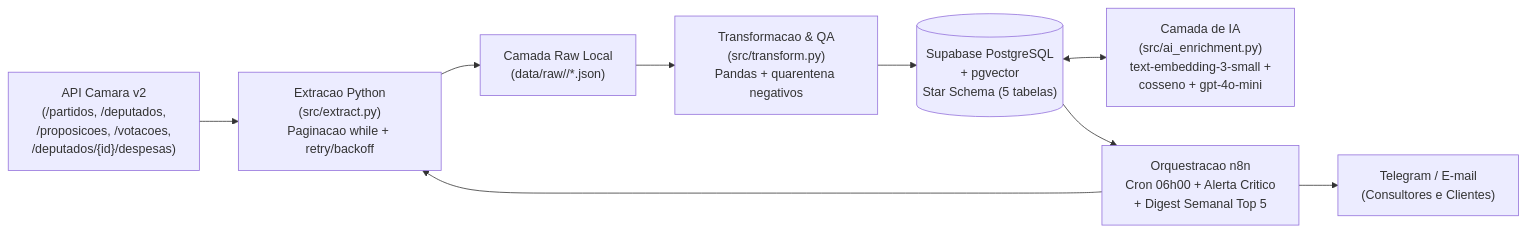
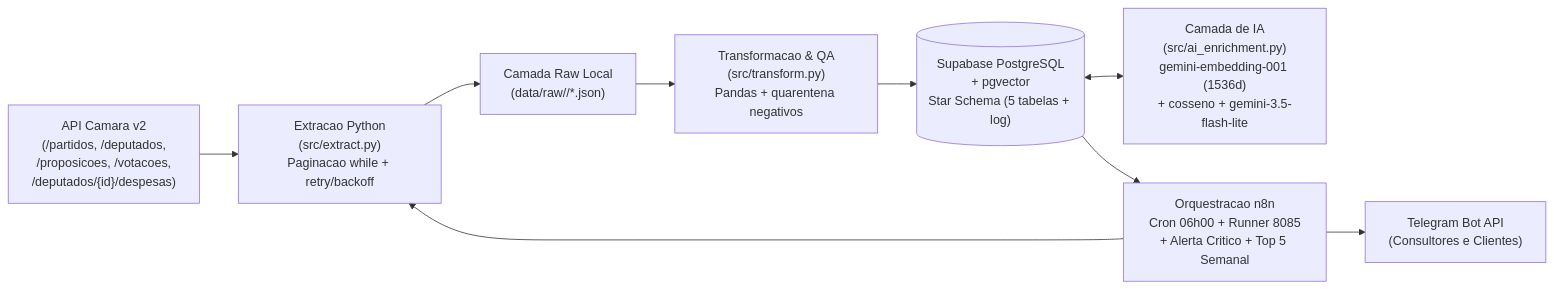
One commit to AjHottz/radar-legislativo changed the first of 2 diagrams in docs/arquitetura.md. Above: the diagram before and after it, drawn with Mermaid. The commit also changed 6 other files, not shown here.

First line of the commit message:
docs(portfolio): Add architecture PNG, final README, and pitch PDF

````diff
--- a/docs/arquitetura.md
+++ b/docs/arquitetura.md
@@ -5,16 +5,16 @@
 ```mermaid
 flowchart LR
     API["API Camara v2\n(/partidos, /deputados,\n/proposicoes, /votacoes,\n/deputados/{id}/despesas)"]
     EXT["Extracao Python\n(src/extract.py)\nPaginacao while + retry/backoff"]
     RAW["Camada Raw Local\n(data/raw/<entidade>/*.json)"]
     TRF["Transformacao & QA\n(src/transform.py)\nPandas + quarentena negativos"]
-    SUPA[("Supabase PostgreSQL\n+ pgvector\nStar Schema (5 tabelas)")]
-    IA["Camada de IA\n(src/ai_enrichment.py)\ntext-embedding-3-small +\ncosseno + gpt-4o-mini"]
-    N8N["Orquestracao n8n\nCron 06h00 + Alerta Critico\n+ Digest Semanal Top 5"]
-    TG["Telegram / E-mail\n(Consultores e Clientes)"]
+    SUPA[("Supabase PostgreSQL\n+ pgvector\nStar Schema (5 tabelas + log)")]
+    IA["Camada de IA\n(src/ai_enrichment.py)\ngemini-embedding-001 (1536d)\n+ cosseno + gemini-3.5-flash-lite"]
+    N8N["Orquestracao n8n\nCron 06h00 + Runner 8085\n+ Alerta Critico + Top 5 Semanal"]
+    TG["Telegram Bot API\n(Consultores e Clientes)"]
 
     API --> EXT --> RAW --> TRF --> SUPA
     SUPA <--> IA
     N8N --> EXT
     SUPA --> N8N --> TG
 ```
````
